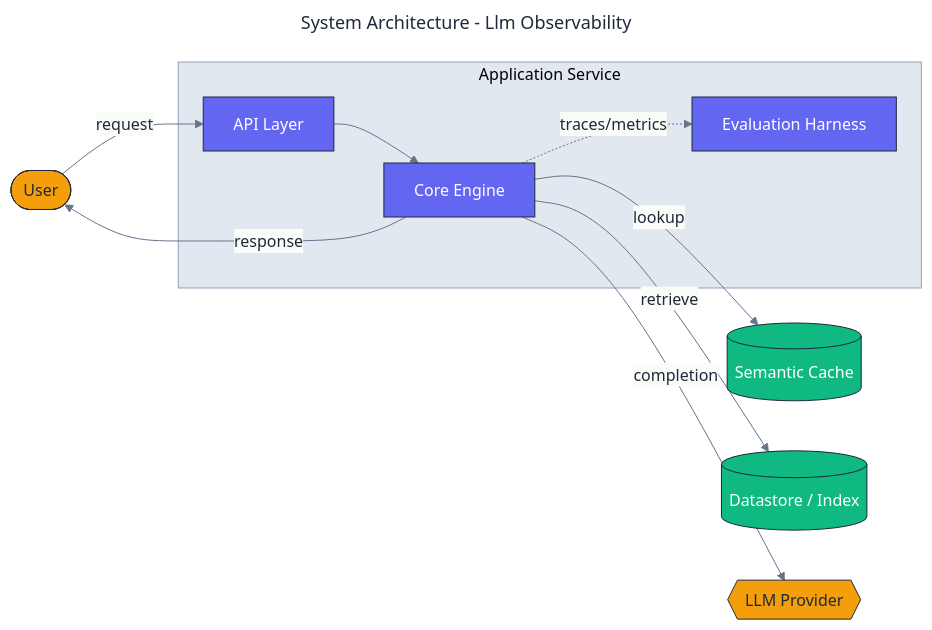
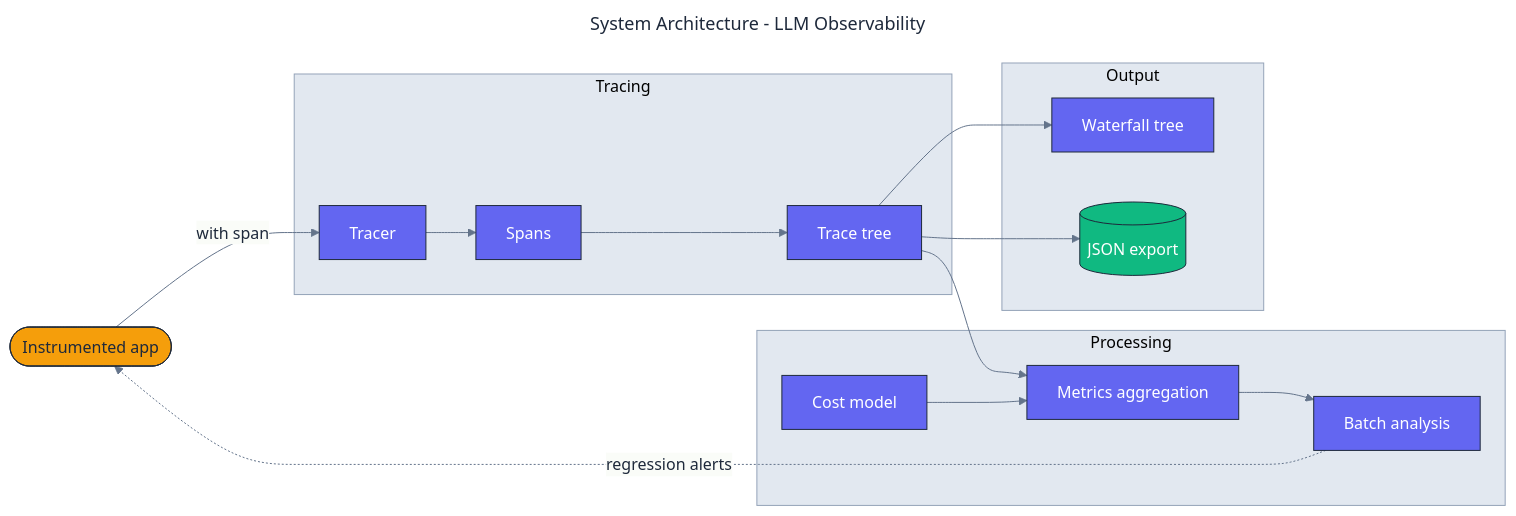
Before and after one commit to adeoluo/llm-observability: the diagram in docs/architecture/architecture.mmd, drawn with Mermaid. The commit also changed 9 other files, not shown here.

First line of the commit message:
docs: write README, architecture diagram, and responsible-AI cards

```diff
--- a/docs/architecture/architecture.mmd
+++ b/docs/architecture/architecture.mmd
@@ -1,38 +1,46 @@
 ---
-title: System Architecture - Llm Observability
+title: System Architecture - LLM Observability
 config:
   theme: base
   themeVariables:
     fontFamily: "Inter, system-ui, sans-serif"
     primaryColor: "#F8FAFC"
     primaryBorderColor: "#1E293B"
     primaryTextColor: "#1E293B"
     lineColor: "#64748B"
     clusterBkg: "#E2E8F0"
     clusterBorder: "#94A3B8"
 ---
 flowchart LR
     classDef core     fill:#6366F1,stroke:#1E293B,color:#ffffff,stroke-width:1px;
     classDef data     fill:#10B981,stroke:#1E293B,color:#ffffff,stroke-width:1px;
     classDef external fill:#F59E0B,stroke:#1E293B,color:#1E293B,stroke-width:1px;
-    classDef danger   fill:#EF4444,stroke:#1E293B,color:#ffffff,stroke-width:1px;
 
-    User([User]):::external
+    App([Instrumented app]):::external
 
-    subgraph Application["Application Service"]
-        API[API Layer]:::core
-        Core[Core Engine]:::core
-        Evaluation[Evaluation Harness]:::core
+    subgraph Tracing["Tracing"]
+        Tracer[Tracer]:::core
+        Span[Spans]:::core
+        Trace[Trace tree]:::core
     end
 
-    Cache[(Semantic Cache)]:::data
-    Store[(Datastore / Index)]:::data
-    LLM{{LLM Provider}}:::external
+    subgraph Processing["Processing"]
+        Cost[Cost model]:::core
+        Metrics[Metrics aggregation]:::core
+        Analysis[Batch analysis]:::core
+    end
 
-    User -->|request| API
-    API --> Core
-    Core -->|lookup| Cache
-    Core -->|retrieve| Store
-    Core -->|completion| LLM
-    Core -.->|traces/metrics| Evaluation
-    Core -->|response| User
+    subgraph Output["Output"]
+        Tree[Waterfall tree]:::core
+        Json[(JSON export)]:::data
+    end
+
+    App -->|with span| Tracer
+    Tracer --> Span
+    Span --> Trace
+    Trace --> Metrics
+    Cost --> Metrics
+    Trace --> Tree
+    Trace --> Json
+    Metrics --> Analysis
+    Analysis -.->|regression alerts| App
```
